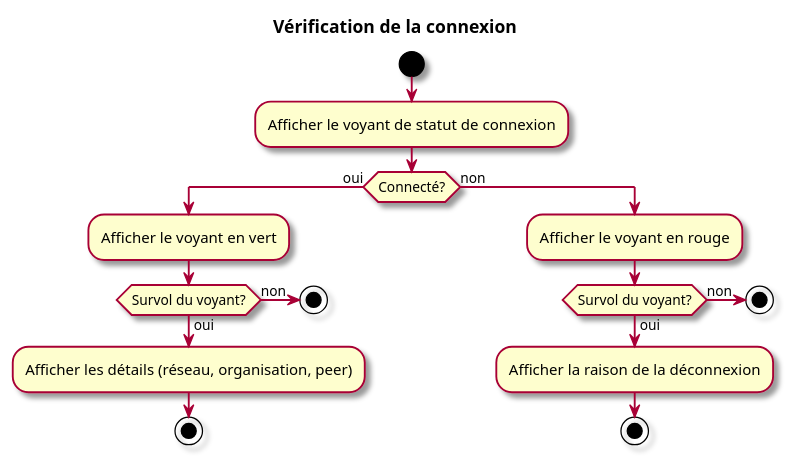
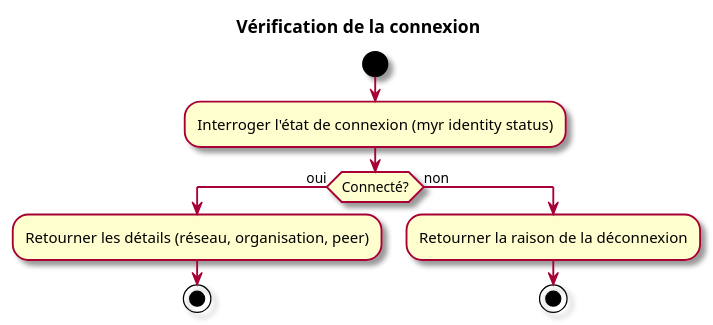
One commit to olivaux/myr changed the second of 2 diagrams in specs/1-Expression/UCA-Compte_et_Acces/UCA04.md. Above: the diagram before and after it, drawn with PlantUML. The commit also changed other lines of this file and 65 other files, not shown here.

````diff
--- a/specs/1-Expression/UCA-Compte_et_Acces/UCA04.md
+++ b/specs/1-Expression/UCA-Compte_et_Acces/UCA04.md
@@ -59,25 +59,15 @@
 ```plantuml
 @startuml
 skin rose
 title Vérification de la connexion
 start
-:Afficher le voyant de statut de connexion;
+:Interroger l'état de connexion (myr identity status);
 if (Connecté?) then (oui)
-  :Afficher le voyant en vert;
-  if (Survol du voyant?) then (oui)
-    :Afficher les détails (réseau, organisation, peer);
-    stop
-  else (non)
-    stop
-  endif
+  :Retourner les détails (réseau, organisation, peer);
+  stop
 else (non)
-  :Afficher le voyant en rouge;
-  if (Survol du voyant?) then (oui)
-    :Afficher la raison de la déconnexion;
-    stop
-  else (non)
-    stop
-  endif
+  :Retourner la raison de la déconnexion;
+  stop
 endif
 @enduml
 ```
````
